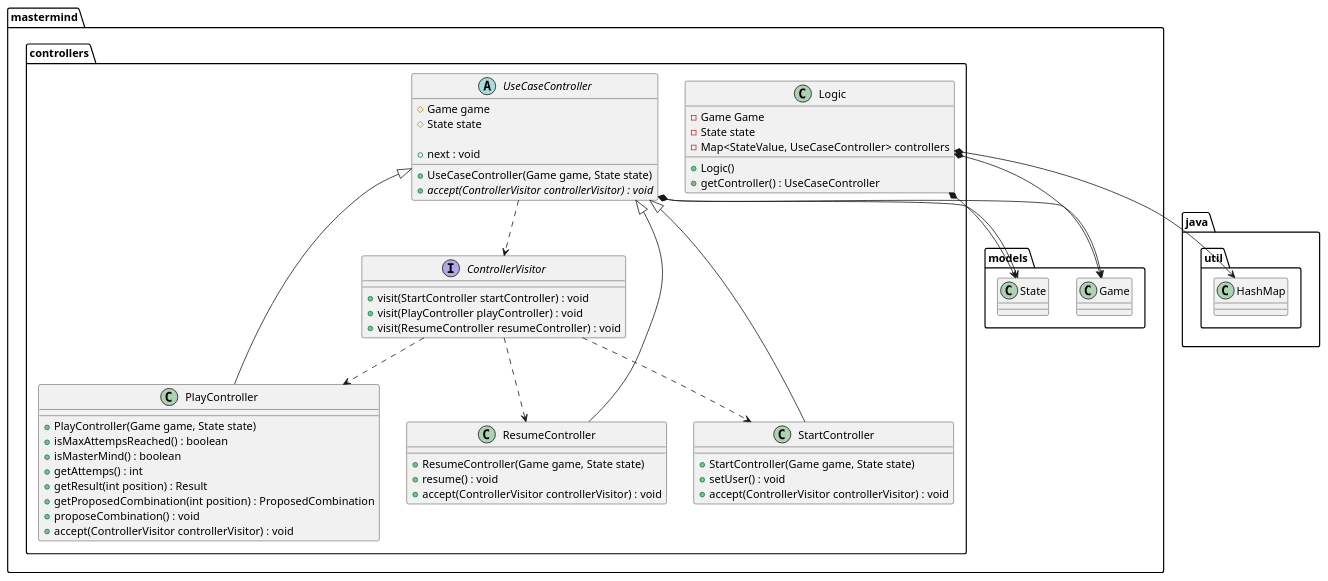
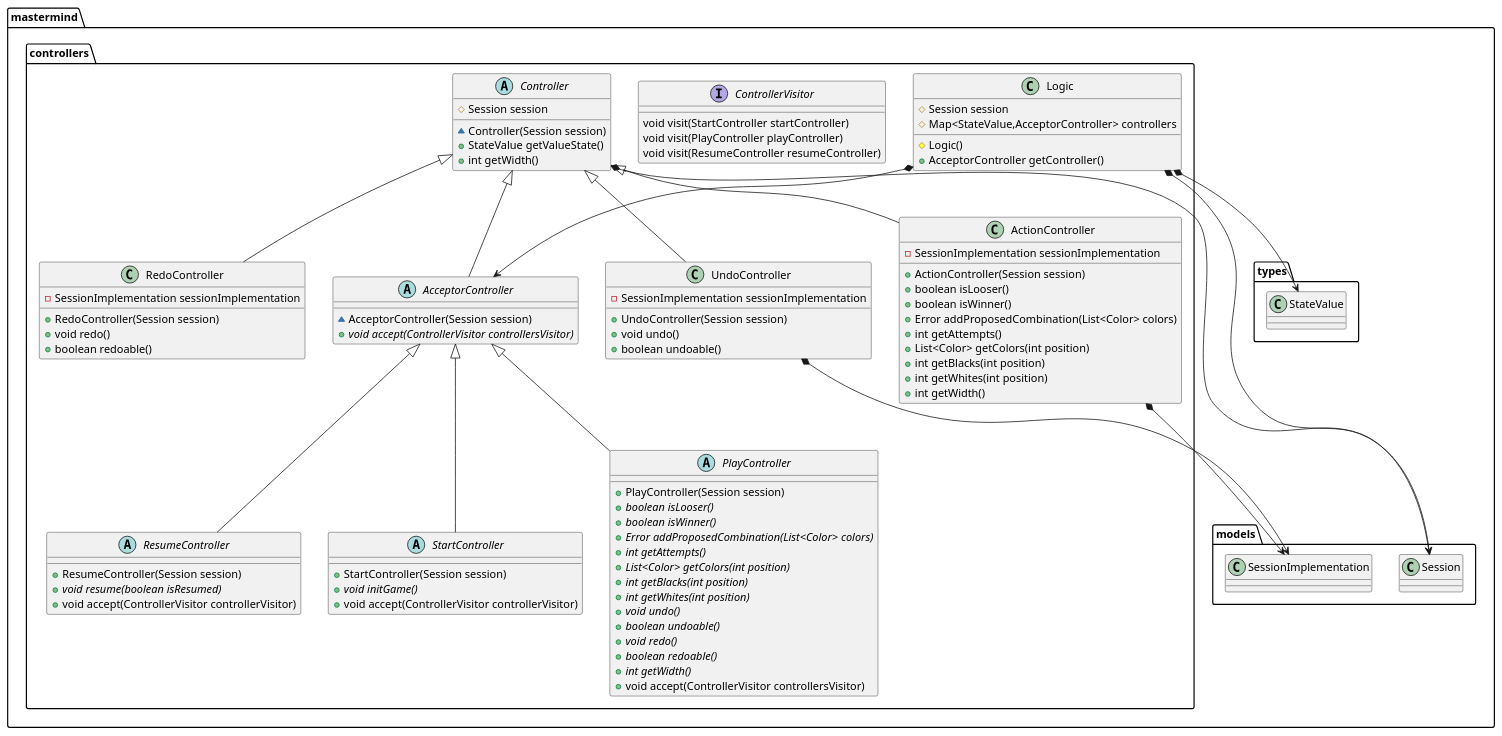
Before and after one commit to jprieto92/mastermindClientServer: the diagram in docs/sources/paqueteMastermindControllers.iuml, drawn with PlantUML. The commit also changed 13 other files, not shown here.

Commit message:
Add some standalone UML diagrams

```diff
--- a/docs/sources/paqueteMastermindControllers.iuml
+++ b/docs/sources/paqueteMastermindControllers.iuml
@@ -1,64 +1,97 @@
 @startuml
-interface  mastermind.controllers.ControllerVisitor{
-+ visit(StartController startController) : void
-+ visit(PlayController playController) : void
-+ visit(ResumeController resumeController) : void
+
+abstract class mastermind.controllers.AcceptorController [[java:jprieto.mastermind.controllers.AcceptorController]] {
+	~AcceptorController(Session session)
+	+{abstract}void accept(ControllerVisitor controllersVisitor)
 }
-mastermind.controllers.ControllerVisitor ..> mastermind.controllers.StartController
-mastermind.controllers.ControllerVisitor ..> mastermind.controllers.PlayController
-mastermind.controllers.ControllerVisitor ..> mastermind.controllers.ResumeController
+mastermind.controllers.Controller <|-- mastermind.controllers.AcceptorController
 
-class mastermind.controllers.Logic{
-- Game Game
-- State state
-- Map<StateValue, UseCaseController> controllers
+class mastermind.controllers.ActionController [[java:jprieto.mastermind.controllers.ActionController]] {
+	-SessionImplementation sessionImplementation
+	+ActionController(Session session)
+	+boolean isLooser()
+	+boolean isWinner()
+	+Error addProposedCombination(List<Color> colors)
+	+int getAttempts()
+	+List<Color> getColors(int position)
+	+int getBlacks(int position)
+	+int getWhites(int position)
+	+int getWidth()
+}
+mastermind.controllers.Controller <|-- mastermind.controllers.ActionController
+mastermind.controllers.ActionController *-down-> mastermind.models.SessionImplementation
 
-+ Logic()
-+ getController() : UseCaseController
+abstract class mastermind.controllers.Controller [[java:jprieto.mastermind.controllers.Controller]] {
+	#Session session
+	~Controller(Session session)
+	+StateValue getValueState()
+	+int getWidth()
 }
-mastermind.controllers.Logic *-down-> mastermind.models.Game
-mastermind.controllers.Logic *-down-> mastermind.models.State
-mastermind.controllers.Logic *-down-> java.util.HashMap
+mastermind.controllers.Controller *-down-> mastermind.models.Session
 
-abstract class mastermind.controllers.UseCaseController{
-# Game game
-# State state
+interface mastermind.controllers.ControllerVisitor [[java:jprieto.mastermind.controllers.ControllerVisitor]] {
+	void visit(StartController startController)
+	void visit(PlayController playController)
+	void visit(ResumeController resumeController)
+}
 
-+ UseCaseController(Game game, State state)
-+ next : void
-+ {abstract} accept(ControllerVisitor controllerVisitor) : void
+class mastermind.controllers.Logic [[java:jprieto.mastermind.controllers.Logic]] {
+	#Session session
+	#Map<StateValue,AcceptorController> controllers
+	#Logic()
+	+AcceptorController getController()
 }
-mastermind.controllers.UseCaseController *-down-> mastermind.models.Game
-mastermind.controllers.UseCaseController *-down-> mastermind.models.State
-mastermind.controllers.UseCaseController ..> mastermind.controllers.ControllerVisitor
-class mastermind.controllers.StartController{
+mastermind.controllers.Logic *-down-> mastermind.models.Session
+mastermind.controllers.Logic *-down-> mastermind.types.StateValue
+mastermind.controllers.Logic *-down-> mastermind.controllers.AcceptorController
 
-+ StartController(Game game, State state)
-+ setUser() : void
-+ accept(ControllerVisitor controllerVisitor) : void
+abstract class mastermind.controllers.PlayController [[java:jprieto.mastermind.controllers.PlayController]] {
+	+PlayController(Session session)
+	+{abstract}boolean isLooser()
+	+{abstract}boolean isWinner()
+	+{abstract}Error addProposedCombination(List<Color> colors)
+	+{abstract}int getAttempts()
+	+{abstract}List<Color> getColors(int position)
+	+{abstract}int getBlacks(int position)
+	+{abstract}int getWhites(int position)
+	+{abstract}void undo()
+	+{abstract}boolean undoable()
+	+{abstract}void redo()
+	+{abstract}boolean redoable()
+	+{abstract}int getWidth()
+	+void accept(ControllerVisitor controllersVisitor)
 }
-mastermind.controllers.UseCaseController <|-down- mastermind.controllers.StartController
+mastermind.controllers.AcceptorController <|-- mastermind.controllers.PlayController
 
-class mastermind.controllers.PlayController{
+class mastermind.controllers.RedoController [[java:jprieto.mastermind.controllers.RedoController]] {
+	-SessionImplementation sessionImplementation
+	+RedoController(Session session)
+	+void redo()
+	+boolean redoable()
+}
+mastermind.controllers.Controller <|-- mastermind.controllers.RedoController
 
-+ PlayController(Game game, State state)
-+ isMaxAttempsReached() : boolean
-+ isMasterMind() : boolean
-+ getAttemps() : int
-+ getResult(int position) : Result
-+ getProposedCombination(int position) : ProposedCombination
-+ proposeCombination() : void
-+ accept(ControllerVisitor controllerVisitor) : void
+abstract class mastermind.controllers.ResumeController [[java:jprieto.mastermind.controllers.ResumeController]] {
+	+ResumeController(Session session)
+	+{abstract}void resume(boolean isResumed)
+	+void accept(ControllerVisitor controllerVisitor)
 }
-mastermind.controllers.UseCaseController <|-down- mastermind.controllers.PlayController
+mastermind.controllers.AcceptorController <|-- mastermind.controllers.ResumeController
 
-class mastermind.controllers.ResumeController{
+abstract class mastermind.controllers.StartController [[java:jprieto.mastermind.controllers.StartController]] {
+	+StartController(Session session)
+	+{abstract}void initGame()
+	+void accept(ControllerVisitor controllerVisitor)
+}
+mastermind.controllers.AcceptorController <|-- mastermind.controllers.StartController
 
-+ ResumeController(Game game, State state)
-+ resume() : void
-+ accept(ControllerVisitor controllerVisitor) : void
+class mastermind.controllers.UndoController [[java:jprieto.mastermind.controllers.UndoController]] {
+	-SessionImplementation sessionImplementation
+	+UndoController(Session session)
+	+void undo()
+	+boolean undoable()
 }
-mastermind.controllers.UseCaseController <|-down- mastermind.controllers.ResumeController
-
+mastermind.controllers.Controller <|-- mastermind.controllers.UndoController
+mastermind.controllers.UndoController *-down-> mastermind.models.SessionImplementation
 
 @enduml
```
